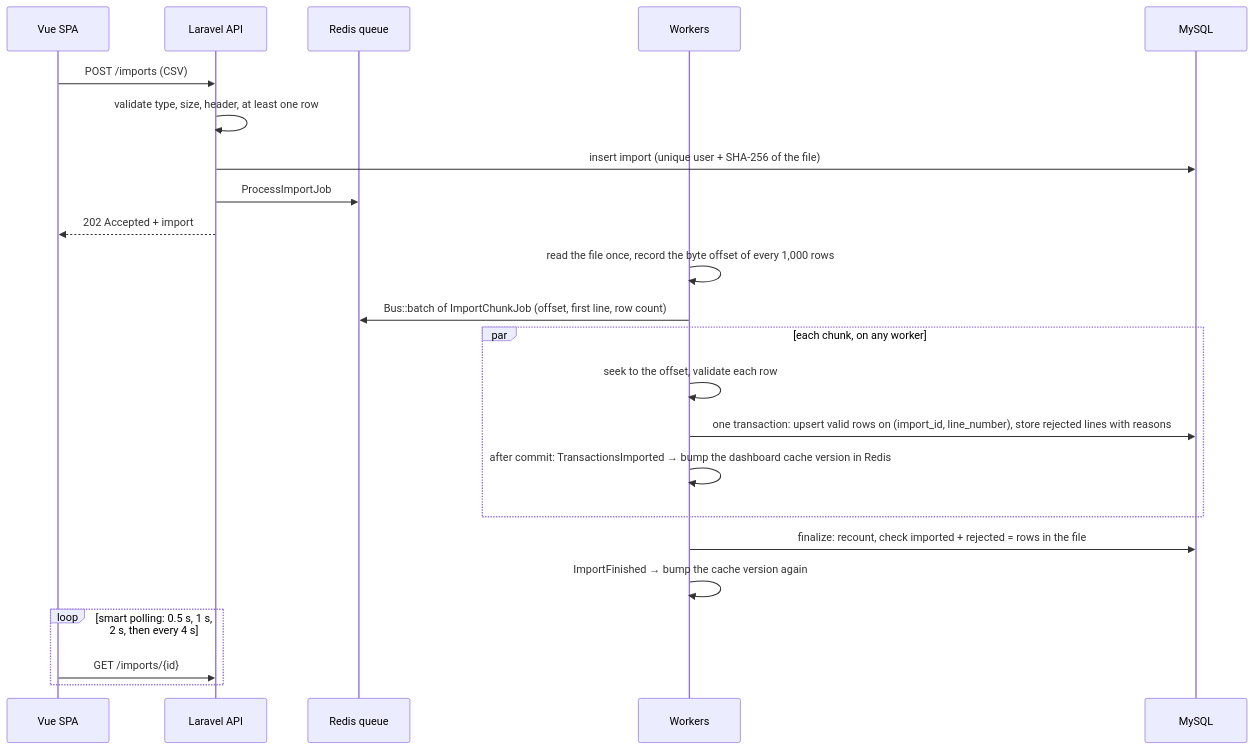
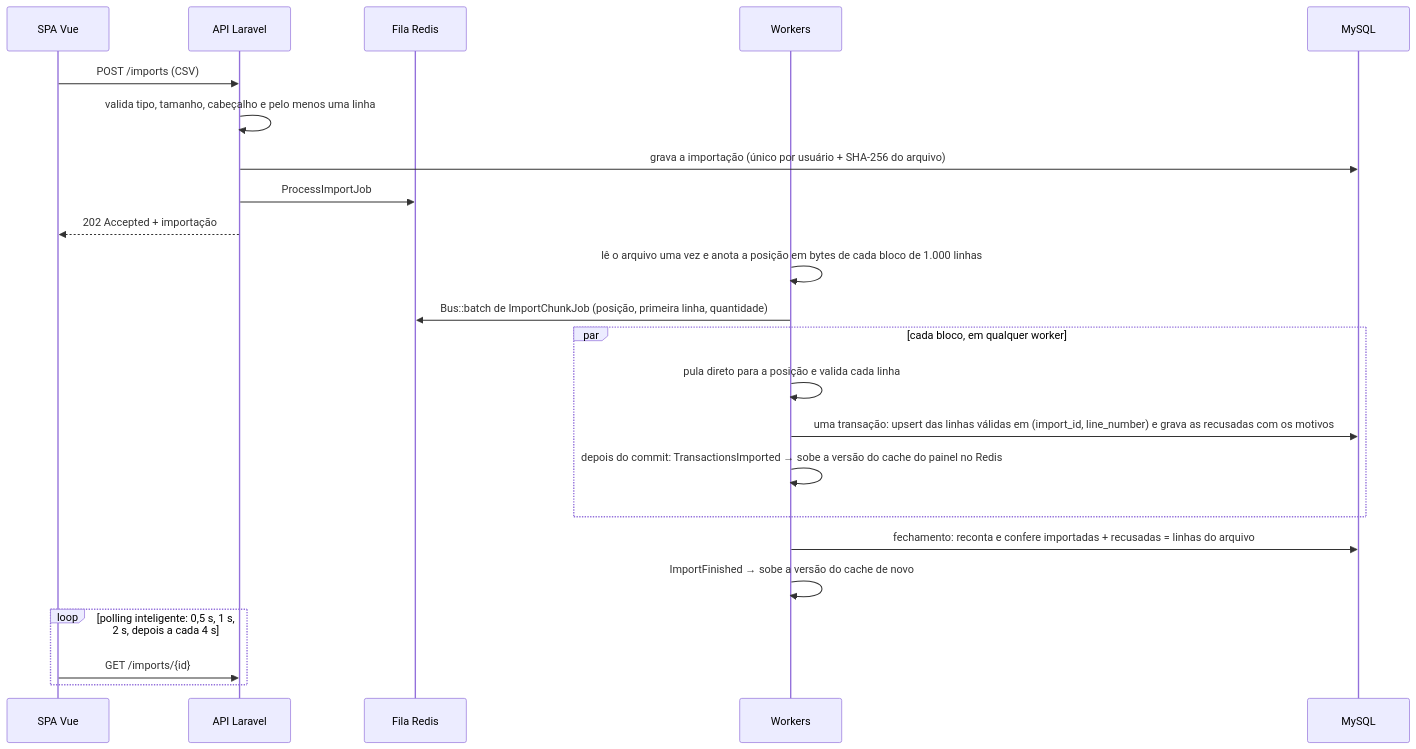
The diagram in README.md (filipelira1/financial-import), drawn with Mermaid before and after one commit. The commit also changed other lines of this file and 1 other file, not shown here.

Commit message:
docs: add Portuguese README and keep the English version as README.en.md

````diff
--- a/README.md
+++ b/README.md
@@ -143,26 +148,26 @@
 ```mermaid
 sequenceDiagram
-    participant SPA as Vue SPA
-    participant API as Laravel API
-    participant Q as Redis queue
+    participant SPA as SPA Vue
+    participant API as API Laravel
+    participant Q as Fila Redis
     participant W as Workers
     participant DB as MySQL
 
     SPA->>API: POST /imports (CSV)
-    API->>API: validate type, size, header, at least one row
-    API->>DB: insert import (unique user + SHA-256 of the file)
+    API->>API: valida tipo, tamanho, cabeçalho e pelo menos uma linha
+    API->>DB: grava a importação (único por usuário + SHA-256 do arquivo)
     API->>Q: ProcessImportJob
-    API-->>SPA: 202 Accepted + import
-    W->>W: read the file once, record the byte offset of every 1,000 rows
-    W->>Q: Bus::batch of ImportChunkJob (offset, first line, row count)
-    par each chunk, on any worker
-        W->>W: seek to the offset, validate each row
-        W->>DB: one transaction: upsert valid rows on (import_id, line_number), store rejected lines with reasons
-        W->>W: after commit: TransactionsImported → bump the dashboard cache version in Redis
+    API-->>SPA: 202 Accepted + importação
+    W->>W: lê o arquivo uma vez e anota a posição em bytes de cada bloco de 1.000 linhas
+    W->>Q: Bus::batch de ImportChunkJob (posição, primeira linha, quantidade)
+    par cada bloco, em qualquer worker
+        W->>W: pula direto para a posição e valida cada linha
+        W->>DB: uma transação: upsert das linhas válidas em (import_id, line_number) e grava as recusadas com os motivos
+        W->>W: depois do commit: TransactionsImported → sobe a versão do cache do painel no Redis
     end
-    W->>DB: finalize: recount, check imported + rejected = rows in the file
-    W->>W: ImportFinished → bump the cache version again
-    loop smart polling: 0.5 s, 1 s, 2 s, then every 4 s
+    W->>DB: fechamento: reconta e confere importadas + recusadas = linhas do arquivo
+    W->>W: ImportFinished → sobe a versão do cache de novo
+    loop polling inteligente: 0,5 s, 1 s, 2 s, depois a cada 4 s
         SPA->>API: GET /imports/{id}
     end
 ```
````
